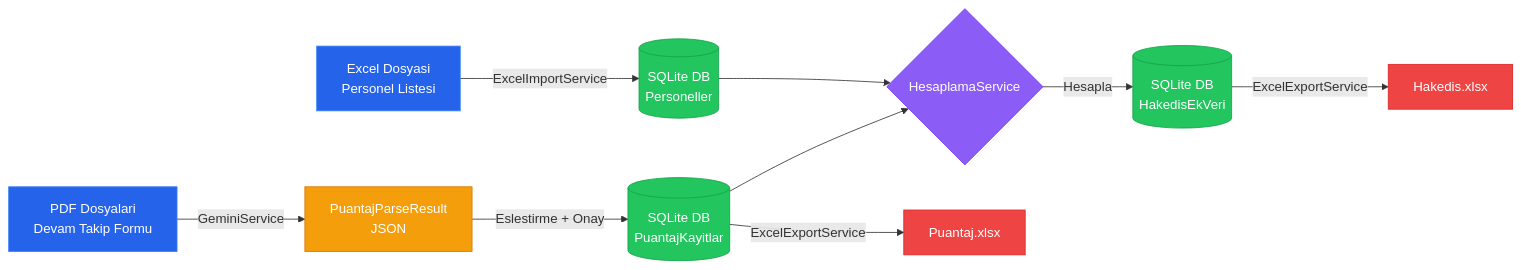
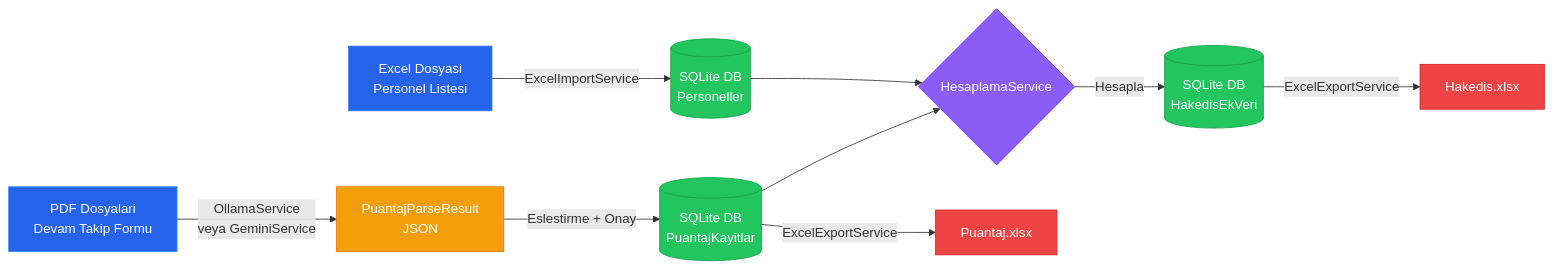
Before and after one commit to murataslan1/puantaj-app: the second of 5 diagrams in README.md, drawn with Mermaid. The commit also changed other lines of this file, not shown here.

First line of the commit message:
README: Ollama destegi, unit testler, guncel mimari diyagramlari

````diff
--- a/README.md
+++ b/README.md
@@ -440,21 +524,21 @@
 ```mermaid
 flowchart LR
     A[Excel Dosyasi<br/>Personel Listesi] -->|ExcelImportService| B[(SQLite DB<br/>Personeller)]
-    C[PDF Dosyalari<br/>Devam Takip Formu] -->|GeminiService| D[PuantajParseResult<br/>JSON]
+    C[PDF Dosyalari<br/>Devam Takip Formu] -->|OllamaService<br/>veya GeminiService| D[PuantajParseResult<br/>JSON]
     D -->|Eslestirme + Onay| E[(SQLite DB<br/>PuantajKayitlar)]
     B --> F{HesaplamaService}
     E --> F
     F -->|Hesapla| G[(SQLite DB<br/>HakedisEkVeri)]
     E -->|ExcelExportService| H[Puantaj.xlsx]
     G -->|ExcelExportService| I[Hakedis.xlsx]
 
     style A fill:#2563EB,stroke:#3B82F6,color:#fff
     style C fill:#2563EB,stroke:#3B82F6,color:#fff
     style B fill:#22C55E,stroke:#16A34A,color:#fff
     style E fill:#22C55E,stroke:#16A34A,color:#fff
     style G fill:#22C55E,stroke:#16A34A,color:#fff
     style D fill:#F59E0B,stroke:#D97706,color:#fff
     style F fill:#8B5CF6,stroke:#7C3AED,color:#fff
     style H fill:#EF4444,stroke:#DC2626,color:#fff
     style I fill:#EF4444,stroke:#DC2626,color:#fff
 ```
````
